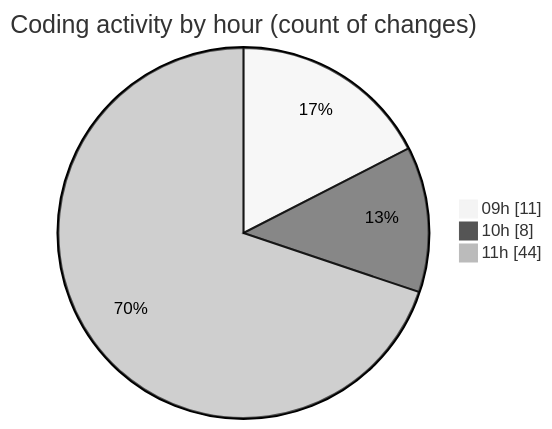
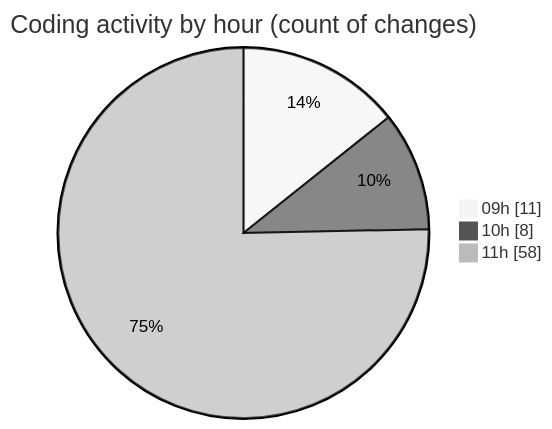
One commit to momahboobian/code-tracking changed the second of 2 diagrams in 2025-10-30/cda/README.md. Above: the diagram before and after it, drawn with Mermaid (neutral theme). The commit also changed other lines of this file and 1 other file, not shown here.

````diff
--- a/2025-10-30/cda/README.md
+++ b/2025-10-30/cda/README.md
@@ -38,7 +38,7 @@
 ```mermaid
 pie showData
 title Coding activity by hour (count of changes)
 "09h" : 11
 "10h" : 8
-"11h" : 44
+"11h" : 58
 ```
````
